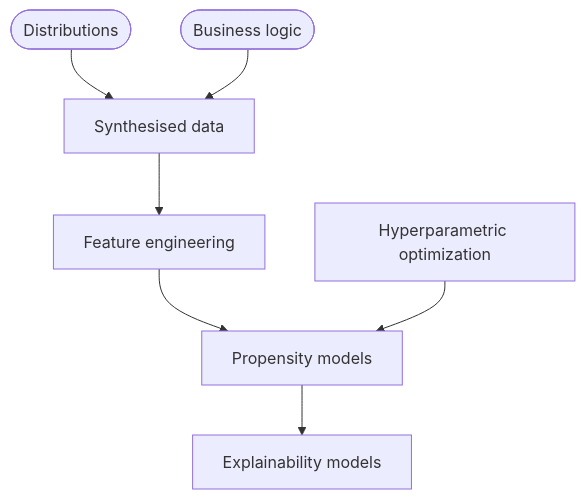
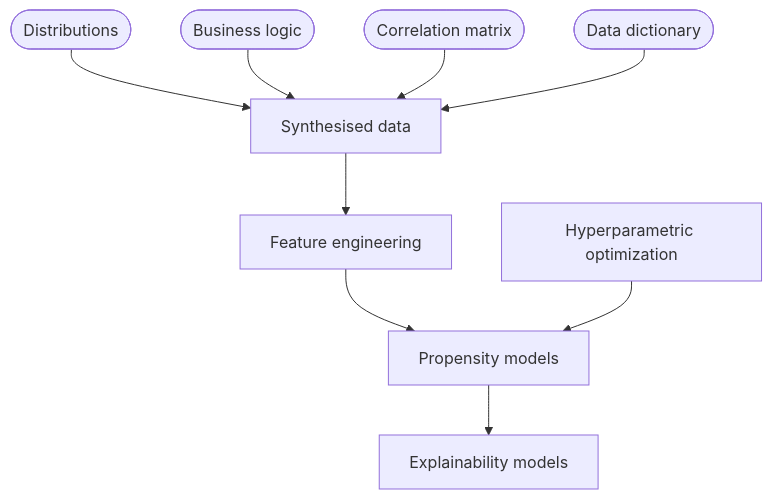
Before and after one commit to angel-marchev/case-cold-start-modeling: the diagram in case.md, drawn with Mermaid.

````diff
--- a/case.md
+++ b/case.md
@@ -7,9 +7,11 @@
 ```mermaid
 flowchart TD;
     dist([Distributions])-->synth([Synthesised data]);
     logic([Business logic])-->synth[Synthesised data];
+    corr([Correlation matrix])-->synth([Synthesised data]);
+    dict([Data dictionary])-->synth([Synthesised data]);
     synth[Synthesised data]-->feat[Feature engineering];
     feat[Feature engineering]-->prop[Propensity models];
     hyper[Hyperparametric optimization]-->prop[Propensity models];
     prop[Propensity models]-->expl[Explainability models];
 ```
````
